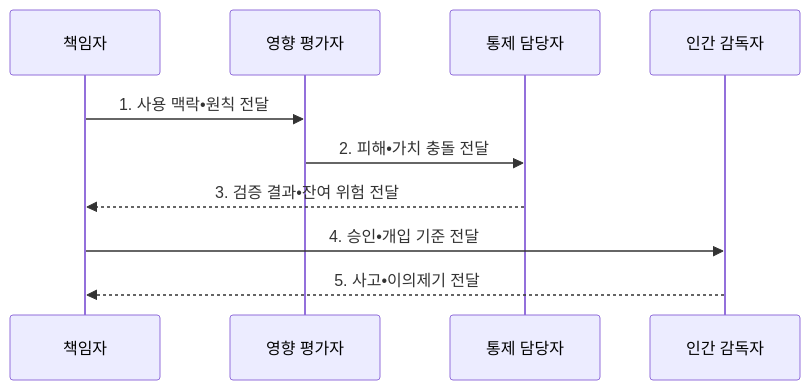
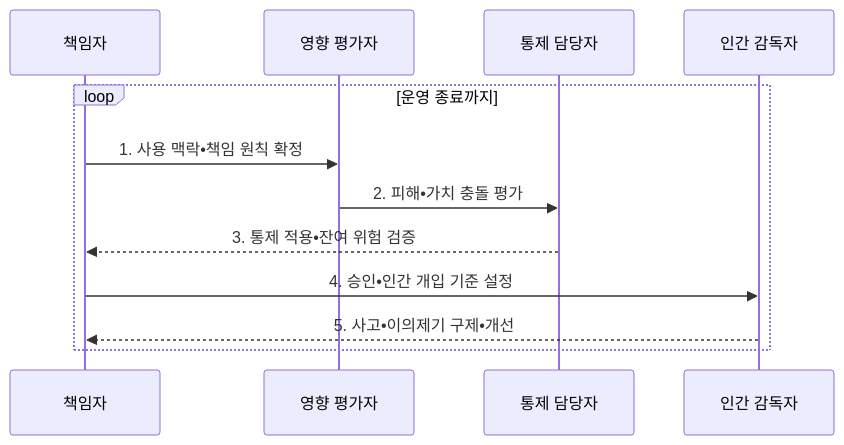
Before and after one commit to agnusdei1207/knowledge-base: the second of 2 diagrams in src/content/docs/notes/08-latest-tech/103_responsible_ai.md, drawn with Mermaid. The commit also changed other lines of this file and 15 other files, not shown here.

````diff
--- a/src/content/docs/notes/08-latest-tech/103_responsible_ai.md
+++ b/src/content/docs/notes/08-latest-tech/103_responsible_ai.md
@@ -104,12 +104,14 @@
 ```mermaid
 sequenceDiagram
     participant O as 책임자
     participant A as 영향 평가자
     participant C as 통제 담당자
     participant M as 인간 감독자
-    O->>A: 1. 사용 맥락•원칙 전달
-    A->>C: 2. 피해•가치 충돌 전달
-    C-->>O: 3. 검증 결과•잔여 위험 전달
-    O->>M: 4. 승인•개입 기준 전달
-    M-->>O: 5. 사고•이의제기 전달
+    loop 운영 종료까지
+        O->>A: 1. 사용 맥락•책임 원칙 확정
+        A->>C: 2. 피해•가치 충돌 평가
+        C-->>O: 3. 통제 적용•잔여 위험 검증
+        O->>M: 4. 승인•인간 개입 기준 설정
+        M-->>O: 5. 사고•이의제기 구제•개선
+    end
 ```
````
